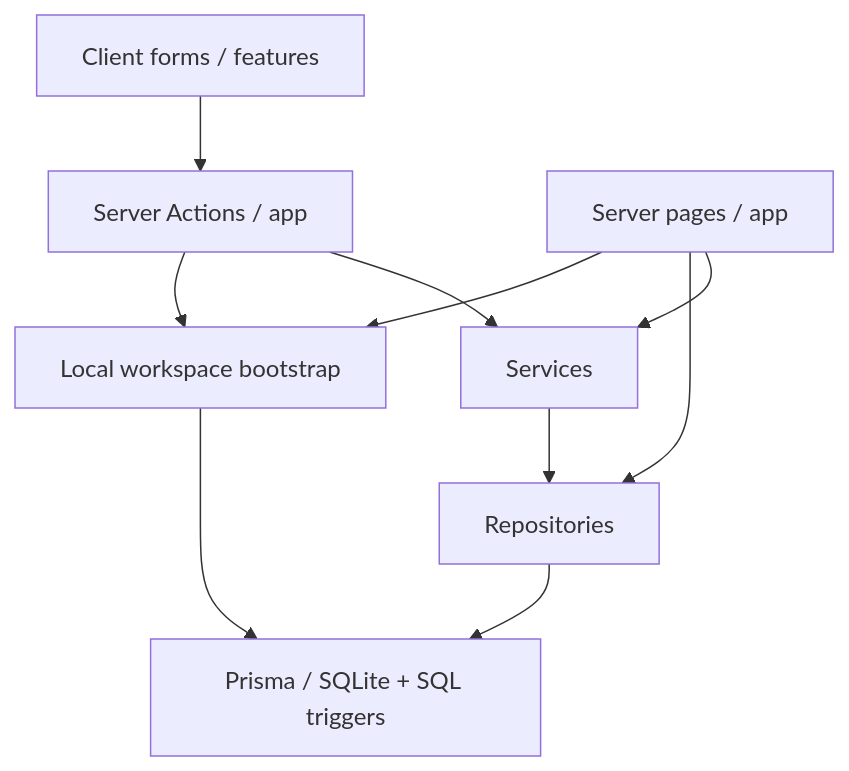
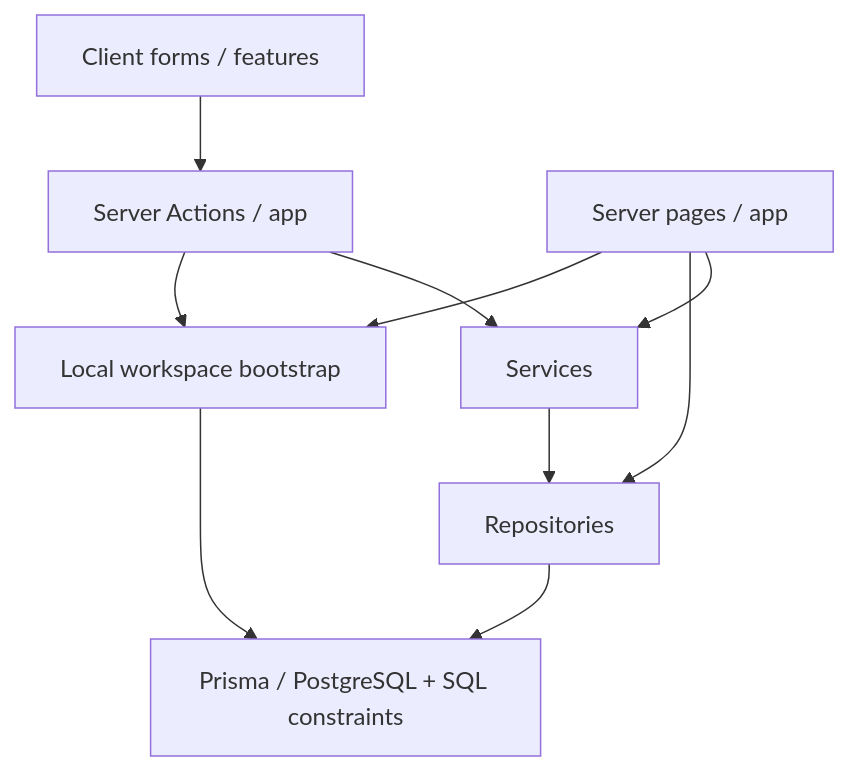
Before and after one commit to OleinikovArtem/managment: the diagram in docs/ARCHITECTURE.md, drawn with Mermaid. The commit also changed other lines of this file and 35 other files, not shown here.

Commit message:
Prepare PostgreSQL deployment for Vercel

````diff
--- a/docs/ARCHITECTURE.md
+++ b/docs/ARCHITECTURE.md
@@ -5,12 +5,12 @@
 ```mermaid
 flowchart TD
   UI[Client forms / features] --> A[Server Actions / app]
   P[Server pages / app] --> S[Services]
   A --> S
   S --> R[Repositories]
   P --> R
-  R --> DB[Prisma / SQLite + SQL triggers]
+  R --> DB[Prisma / PostgreSQL + SQL constraints]
   A --> W[Local workspace bootstrap]
   P --> W
   W --> DB
 ```
````
